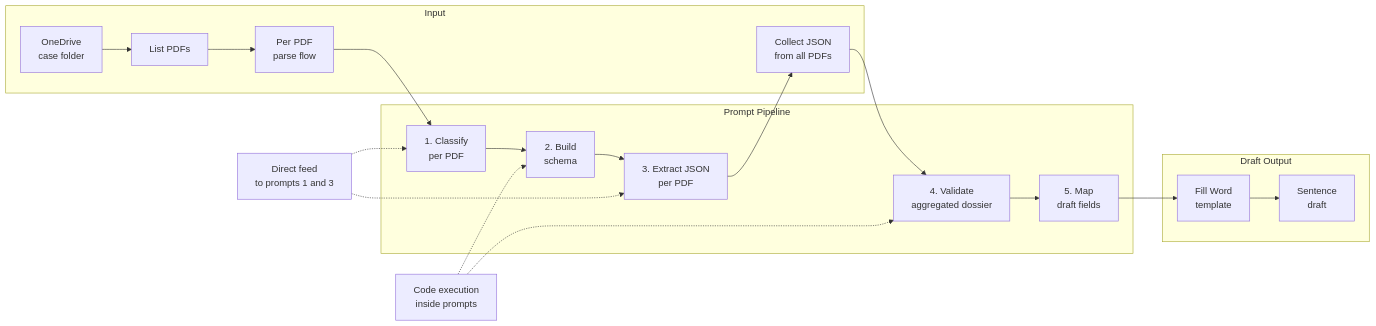
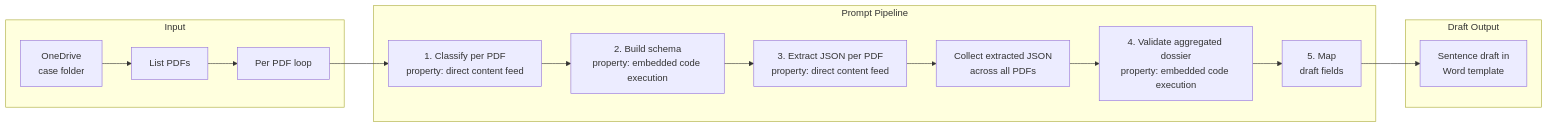
The diagram in README.md (Gilbocc/cittadinanza), drawn with Mermaid before and after one commit. The commit also changed 1 other file, not shown here.

````diff
--- a/README.md
+++ b/README.md
@@ -143,29 +143,23 @@
 ```mermaid
 flowchart LR
 	subgraph IN[Input]
 		A[OneDrive<br/>case folder]
 		B[List PDFs]
-		C[Per PDF<br/>parse flow]
-		K[Collect JSON<br/>from all PDFs]
+		C[Per PDF loop]
 	end
 
 	subgraph AI[Prompt Pipeline]
-		D[1. Classify<br/>per PDF]
-		E[2. Build<br/>schema]
-		F[3. Extract JSON<br/>per PDF]
-		G[4. Validate<br/>aggregated dossier]
+		D[1. Classify per PDF<br/>property: direct content feed]
+		E[2. Build schema<br/>property: embedded code execution]
+		F[3. Extract JSON per PDF<br/>property: direct content feed]
+		K[Collect extracted JSON<br/>across all PDFs]
+		G[4. Validate aggregated dossier<br/>property: embedded code execution]
 		H[5. Map<br/>draft fields]
 	end
 
 	subgraph OUT[Draft Output]
-		I[Fill Word<br/>template]
-		J[Sentence<br/>draft]
+		I[Sentence draft in<br/>Word template]
 	end
 
-	A --> B --> C --> D --> E --> F --> K --> G --> H --> I --> J
-
-	N1[Direct feed<br/>to prompts 1 and 3] -.-> D
-	N1 -.-> F
-	N2[Code execution<br/>inside prompts] -.-> E
-	N2 -.-> G
+	A --> B --> C --> D --> E --> F --> K --> G --> H --> I
 ```
````
